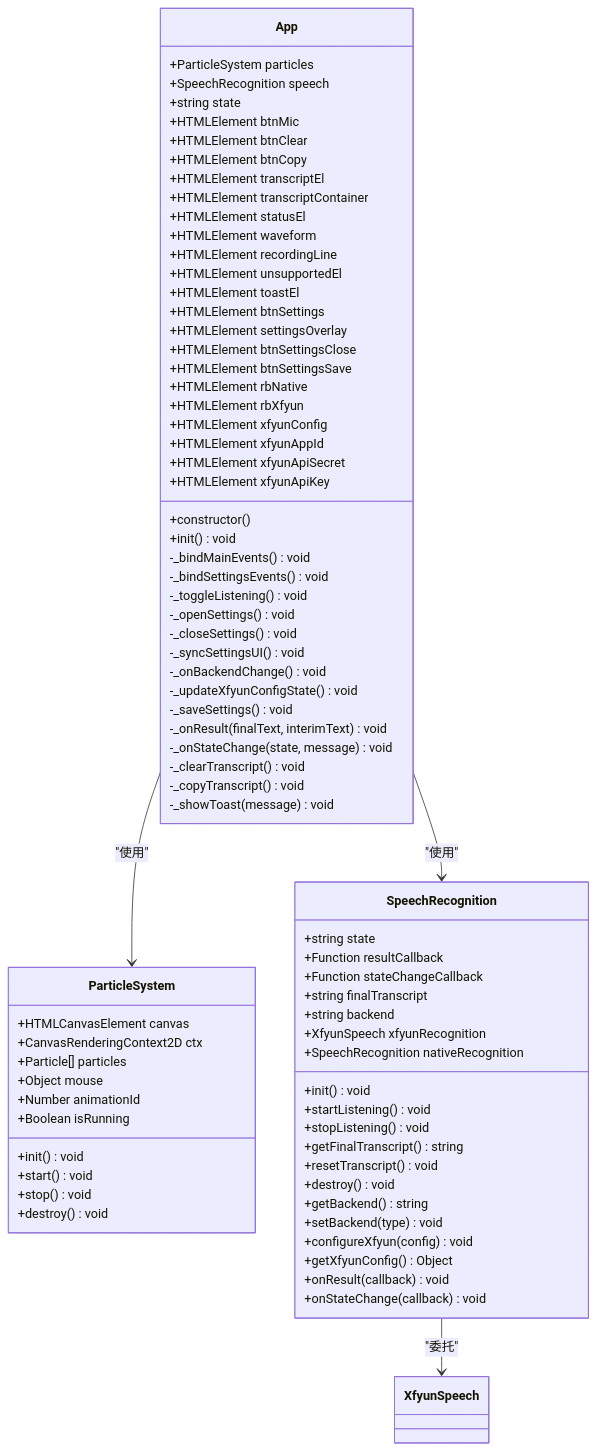
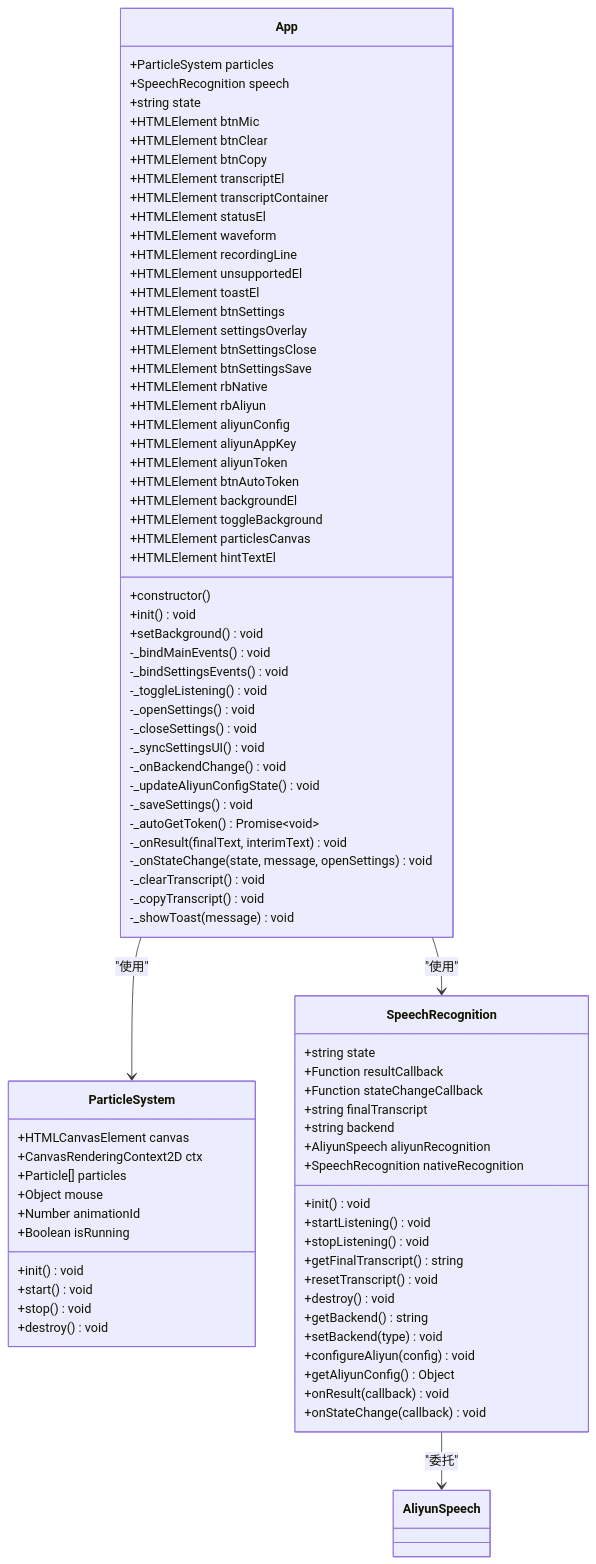
The third of 9 diagrams in .qoder/repowiki/zh/content/API参考文档/App 控制器 API.md (db300/MySpeechRecognition), drawn with Mermaid before and after one commit. The commit also changed other lines of this file and 24 other files, not shown here.

````diff
--- a/.qoder/repowiki/zh/content/API参考文档/App 控制器 API.md
+++ b/.qoder/repowiki/zh/content/API参考文档/App 控制器 API.md
@@ -144,13 +153,18 @@
 +HTMLElement btnSettingsClose
 +HTMLElement btnSettingsSave
 +HTMLElement rbNative
-+HTMLElement rbXfyun
-+HTMLElement xfyunConfig
-+HTMLElement xfyunAppId
-+HTMLElement xfyunApiSecret
-+HTMLElement xfyunApiKey
++HTMLElement rbAliyun
++HTMLElement aliyunConfig
++HTMLElement aliyunAppKey
++HTMLElement aliyunToken
++HTMLElement btnAutoToken
++HTMLElement backgroundEl
++HTMLElement toggleBackground
++HTMLElement particlesCanvas
++HTMLElement hintTextEl
 +constructor()
 +init() void
++setBackground() void
 -_bindMainEvents() void
 -_bindSettingsEvents() void
 -_toggleListening() void
@@ -158,10 +172,11 @@
 -_closeSettings() void
 -_syncSettingsUI() void
 -_onBackendChange() void
--_updateXfyunConfigState() void
+-_updateAliyunConfigState() void
 -_saveSettings() void
+-_autoGetToken() Promise~void~
 -_onResult(finalText, interimText) void
--_onStateChange(state, message) void
+-_onStateChange(state, message, openSettings) void
 -_clearTranscript() void
 -_copyTranscript() void
 -_showToast(message) void
@@ -184,7 +199,7 @@
 +Function stateChangeCallback
 +string finalTranscript
 +string backend
-+XfyunSpeech xfyunRecognition
++AliyunSpeech aliyunRecognition
 +SpeechRecognition nativeRecognition
 +init() void
 +startListening() void
@@ -194,12 +209,12 @@
 +destroy() void
 +getBackend() string
 +setBackend(type) void
-+configureXfyun(config) void
-+getXfyunConfig() Object
++configureAliyun(config) void
++getAliyunConfig() Object
 +onResult(callback) void
 +onStateChange(callback) void
 }
 App --> ParticleSystem : "使用"
 App --> SpeechRecognition : "使用"
-SpeechRecognition --> XfyunSpeech : "委托"
+SpeechRecognition --> AliyunSpeech : "委托"
 ```
````
